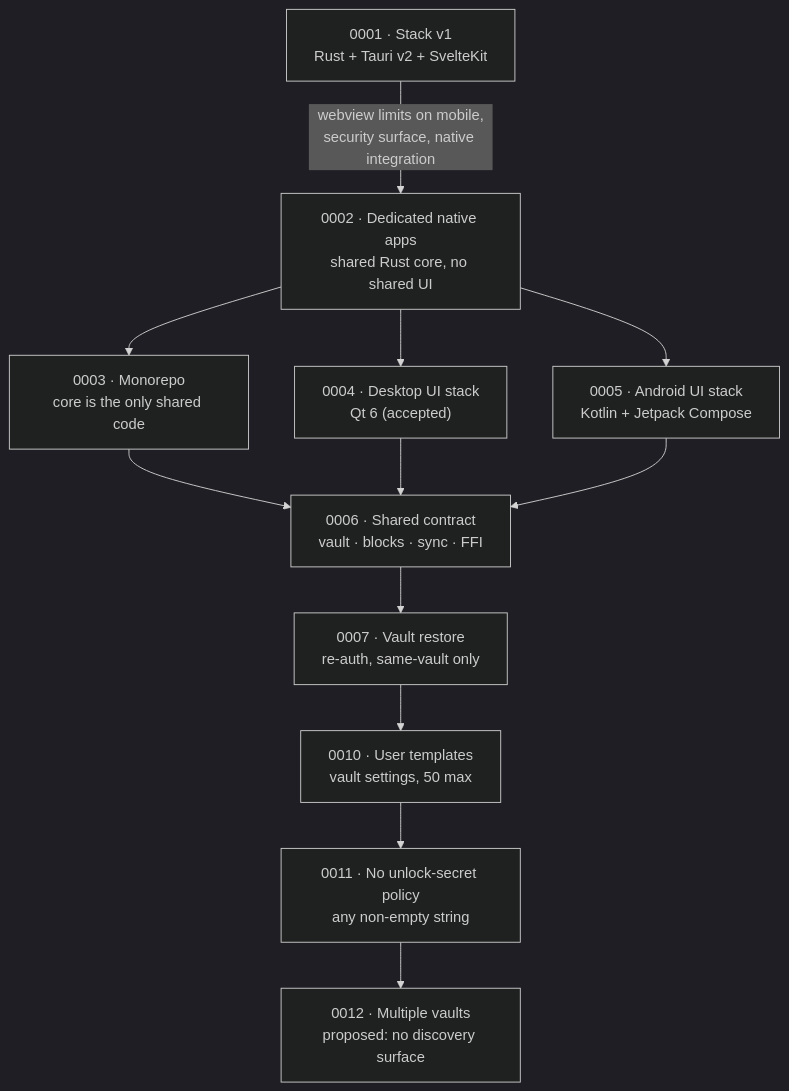
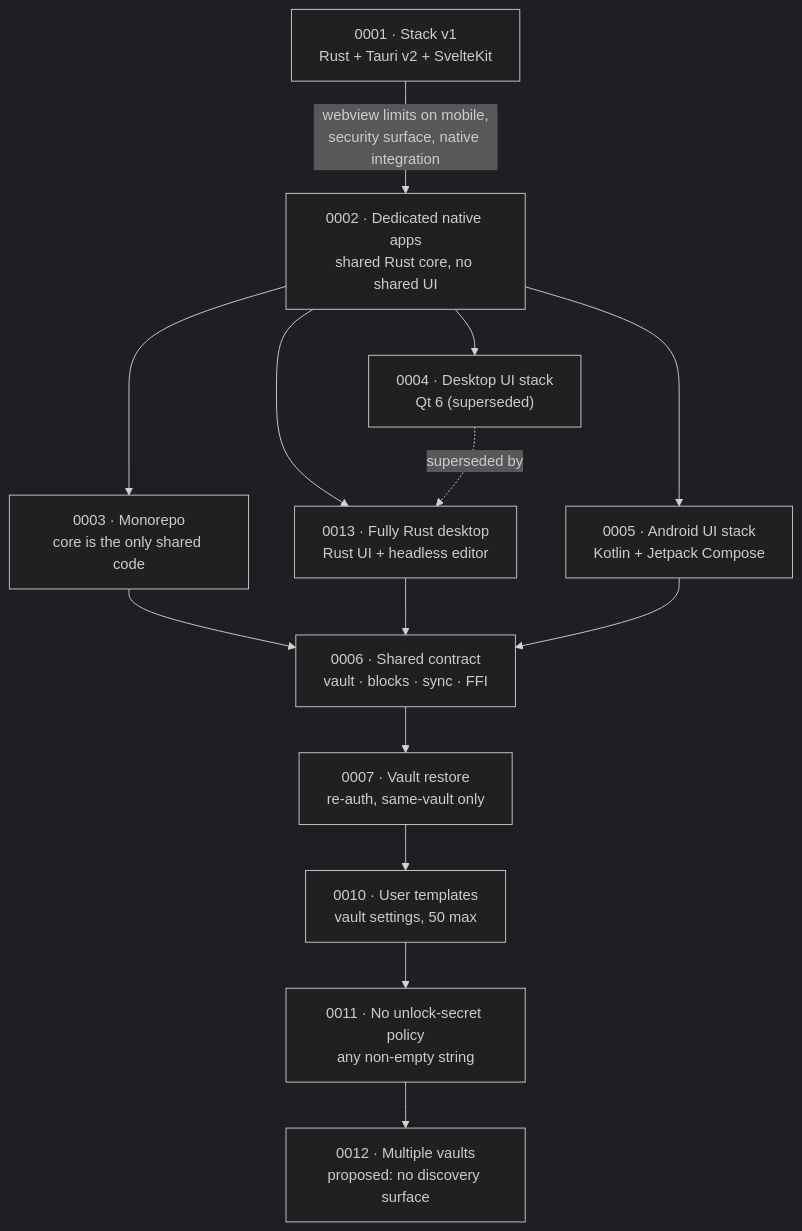
Before and after one commit to Pranesh-Selvaraj/Enclave: the diagram in docs/decisions/README.md, drawn with Mermaid (dark theme). The commit also changed other lines of this file and 9 other files, not shown here.

First line of the commit message:
docs(decisions): choose a fully Rust desktop with a headless editor engine

````diff
--- a/docs/decisions/README.md
+++ b/docs/decisions/README.md
@@ -34,14 +35,16 @@
 ```mermaid
 graph TD
     A["0001 · Stack v1<br/>Rust + Tauri v2 + SvelteKit"] -->|webview limits on mobile,<br/>security surface, native integration| B["0002 · Dedicated native apps<br/>shared Rust core, no shared UI"]
     B --> C["0003 · Monorepo<br/>core is the only shared code"]
-    B --> D["0004 · Desktop UI stack<br/>Qt 6 (accepted)"]
+    B --> D["0004 · Desktop UI stack<br/>Qt 6 (superseded)"]
     B --> E["0005 · Android UI stack<br/>Kotlin + Jetpack Compose"]
+    B --> K["0013 · Fully Rust desktop<br/>Rust UI + headless editor"]
     C --> F["0006 · Shared contract<br/>vault · blocks · sync · FFI"]
-    D --> F
+    D -.->|superseded by| K
+    K --> F
     E --> F
     F --> G["0007 · Vault restore<br/>re-auth, same-vault only"]
     G --> H["0010 · User templates<br/>vault settings, 50 max"]
     H --> I["0011 · No unlock-secret policy<br/>any non-empty string"]
     I --> J["0012 · Multiple vaults<br/>proposed: no discovery surface"]
 ```
````
